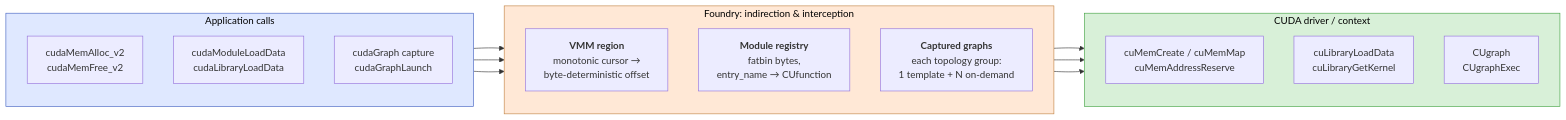
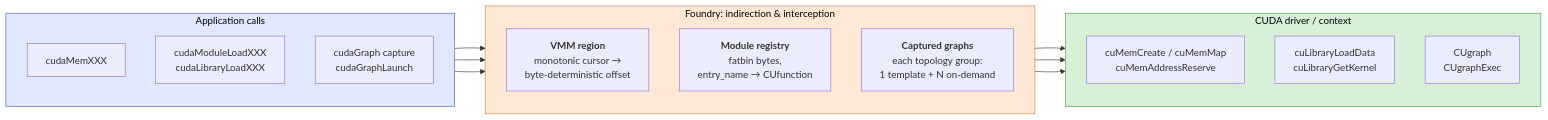
Before and after one commit to foundry-org/foundry: the diagram in README.md, drawn with Mermaid.

Commit message:
[doc] Update flowchart

````diff
--- a/README.md
+++ b/README.md
@@ -29,34 +29,34 @@
 ```mermaid
 flowchart LR
     subgraph APP["Application calls"]
         direction TB
-        A1["cudaMemAlloc_v2<br/>cudaMemFree_v2"]
-        A2["cudaModuleLoadData<br/>cudaLibraryLoadData"]
+        A1["cudaMemXXX"]
+        A2["cudaModuleLoadXXX<br/>cudaLibraryLoadXXX"]
         A3["cudaGraph capture<br/>cudaGraphLaunch"]
     end
 
     subgraph FDR["Foundry: indirection &amp; interception"]
         direction TB
         F1["<b>VMM region</b><br/>monotonic cursor →<br/>byte-deterministic offset"]
         F2["<b>Module registry</b><br/>fatbin bytes,<br/>entry_name → CUfunction"]
         F3["<b>Captured graphs</b><br/>each topology group:<br/>1 template + N on-demand"]
     end
 
     subgraph DRV["CUDA driver / context"]
         direction TB
         D1["cuMemCreate / cuMemMap<br/>cuMemAddressReserve"]
         D2["cuLibraryLoadData<br/>cuLibraryGetKernel"]
         D3["CUgraph<br/>CUgraphExec"]
     end
 
     A1 --> F1 --> D1
     A2 --> F2 --> D2
     A3 --> F3 --> D3
 
     classDef app fill:#dfe8ff,stroke:#4060c0,color:#000
     classDef fdr fill:#ffe8d6,stroke:#c08040,color:#000
     classDef drv fill:#d8f0d8,stroke:#40a040,color:#000
     class APP app
     class FDR fdr
     class DRV drv
 ```
````
